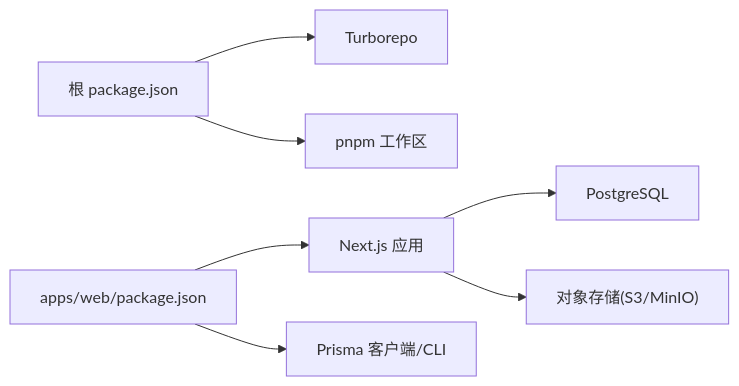
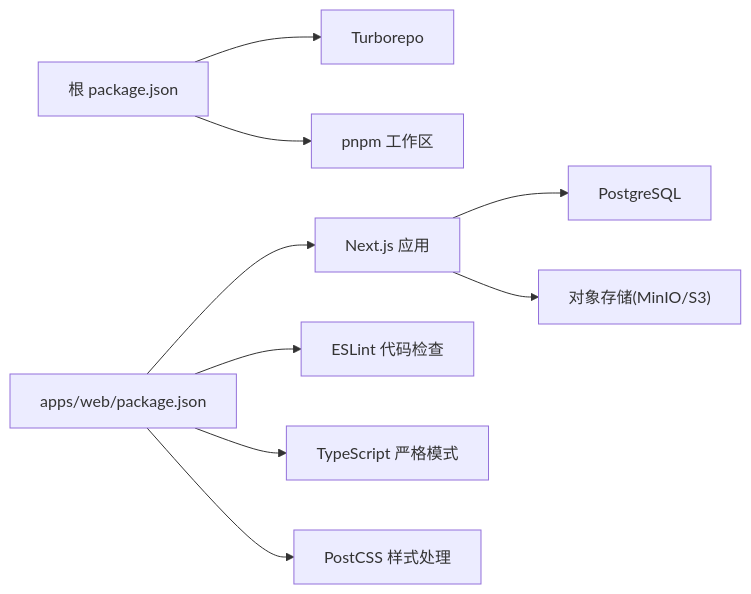
The seventh of 7 diagrams in .qoder/repowiki/zh/content/部署指南.md (ai-guru-global/agent-up), drawn with Mermaid before and after one commit. The commit also changed other lines of this file and 57 other files, not shown here.

````diff
--- a/.qoder/repowiki/zh/content/部署指南.md
+++ b/.qoder/repowiki/zh/content/部署指南.md
@@ -316,9 +287,11 @@
 ```mermaid
 graph LR
 Pkg["根 package.json"] --> Turbo["Turborepo"]
 Pkg --> PNPM["pnpm 工作区"]
 WebPkg["apps/web/package.json"] --> Next["Next.js 应用"]
-WebPkg --> Prisma["Prisma 客户端/CLI"]
+WebPkg --> ESLint["ESLint 代码检查"]
+WebPkg --> TS["TypeScript 严格模式"]
+WebPkg --> PostCSS["PostCSS 样式处理"]
 Next --> DB["PostgreSQL"]
-Next --> OSS["对象存储(S3/MinIO)"]
+Next --> OSS["对象存储(MinIO/S3)"]
 ```
````
